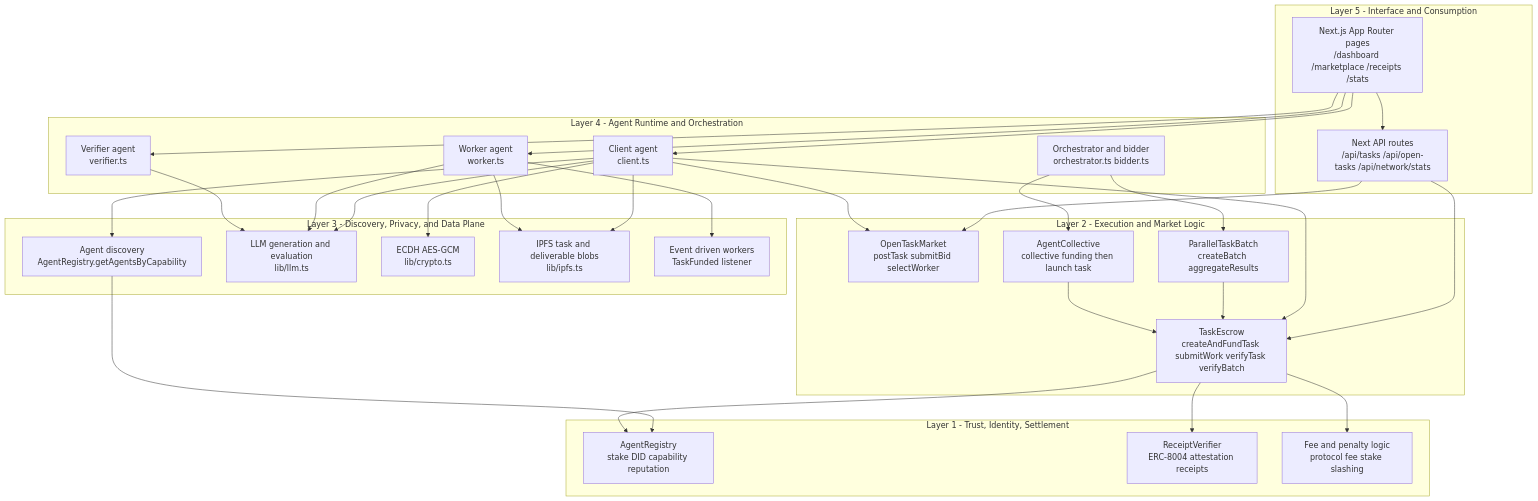
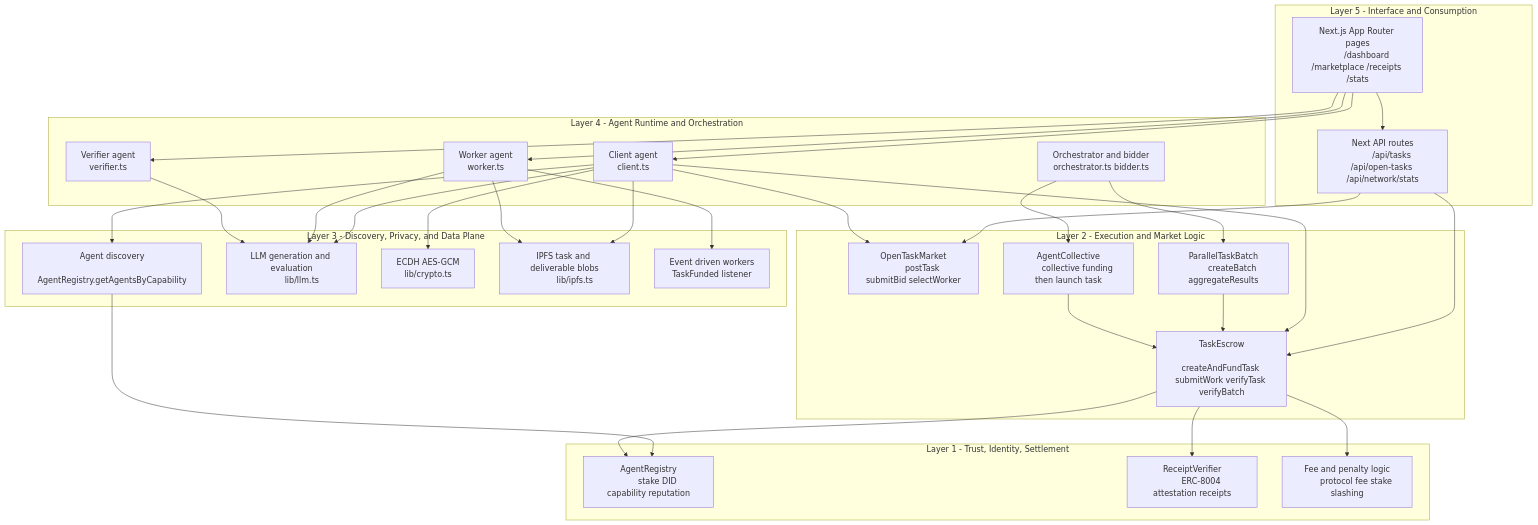
One commit to Varun-ai07/COVENANT changed the first of 3 diagrams in README.md. Above: the diagram before and after it, drawn with Mermaid. The commit also changed other lines of this file and 42 other files, not shown here.

````diff
--- a/README.md
+++ b/README.md
@@ -64,63 +61,81 @@
 ```mermaid
-flowchart TB
-  subgraph L5[Layer 5 - Interface and Consumption]
-    UI[Next.js App Router pages\n/dashboard /marketplace /receipts /stats]
-    API[Next API routes\n/api/tasks /api/open-tasks /api/network/stats]
-  end
+flowchart TD
+    subgraph L5[Layer 5 - Interface and Consumption]
+        UI[Next.js App Router pages
+        /dashboard /marketplace /receipts /stats]
+        API[Next API routes
+        /api/tasks /api/open-tasks /api/network/stats]
+    end
 
-  subgraph L4[Layer 4 - Agent Runtime and Orchestration]
-    CLIENT[Client agent\nclient.ts]
-    WORKER[Worker agent\nworker.ts]
-    VERIFIER[Verifier agent\nverifier.ts]
-    ORCH[Orchestrator and bidder\norchestrator.ts bidder.ts]
-  end
+    subgraph L4[Layer 4 - Agent Runtime and Orchestration]
+        CLIENT[Client agent
+        client.ts]
+        WORKER[Worker agent
+        worker.ts]
+        VERIFIER[Verifier agent
+        verifier.ts]
+        ORCH[Orchestrator and bidder
+        orchestrator.ts bidder.ts]
+    end
 
-  subgraph L3[Layer 3 - Discovery, Privacy, and Data Plane]
-    DISC[Agent discovery\nAgentRegistry.getAgentsByCapability]
-    LLM[LLM generation and evaluation\nlib/llm.ts]
-    CRYPTO[ECDH AES-GCM\nlib/crypto.ts]
-    IPFS[IPFS task and deliverable blobs\nlib/ipfs.ts]
-    EVENTS[Event driven workers\nTaskFunded listener]
-  end
+    subgraph L3[Layer 3 - Discovery, Privacy, and Data Plane]
+        DISC[Agent discovery
+        AgentRegistry.getAgentsByCapability]
+        LLM[LLM generation and evaluation
+        lib/llm.ts]
+        CRYPTO[ECDH AES-GCM
+        lib/crypto.ts]
+        IPFS[IPFS task and deliverable blobs
+        lib/ipfs.ts]
+        EVENTS[Event driven workers
+        TaskFunded listener]
+    end
 
-  subgraph L2[Layer 2 - Execution and Market Logic]
-    ESCROW[TaskEscrow\ncreateAndFundTask submitWork verifyTask verifyBatch]
-    MARKET[OpenTaskMarket\npostTask submitBid selectWorker]
-    BATCH[ParallelTaskBatch\ncreateBatch aggregateResults]
-    COLLECTIVE[AgentCollective\ncollective funding then launch task]
-  end
+    subgraph L2[Layer 2 - Execution and Market Logic]
+        ESCROW[TaskEscrow
+        createAndFundTask submitWork verifyTask verifyBatch]
+        MARKET[OpenTaskMarket
+        postTask submitBid selectWorker]
+        BATCH[ParallelTaskBatch
+        createBatch aggregateResults]
+        COLLECTIVE[AgentCollective
+        collective funding then launch task]
+    end
 
-  subgraph L1[Layer 1 - Trust, Identity, Settlement]
-    REG[AgentRegistry\nstake DID capability reputation]
-    RECEIPTS[ReceiptVerifier\nERC-8004 attestation receipts]
-    FEES[Fee and penalty logic\nprotocol fee stake slashing]
-  end
+    subgraph L1[Layer 1 - Trust, Identity, Settlement]
+        REG[AgentRegistry
+        stake DID capability reputation]
+        RECEIPTS[ReceiptVerifier
+        ERC-8004 attestation receipts]
+        FEES[Fee and penalty logic
+        protocol fee stake slashing]
+    end
 
-  UI --> API
-  UI --> CLIENT
-  UI --> WORKER
-  UI --> VERIFIER
+    UI --> API
+    UI --> CLIENT
+    UI --> WORKER
+    UI --> VERIFIER
 
-  CLIENT --> DISC
-  CLIENT --> LLM
-  CLIENT --> CRYPTO
-  CLIENT --> IPFS
-  WORKER --> EVENTS
-  WORKER --> IPFS
-  WORKER --> LLM
-  VERIFIER --> LLM
+    CLIENT --> DISC
+    CLIENT --> LLM
+    CLIENT --> CRYPTO
+    CLIENT --> IPFS
+    WORKER --> EVENTS
+    WORKER --> IPFS
+    WORKER --> LLM
+    VERIFIER --> LLM
 
-  DISC --> REG
-  API --> ESCROW
-  API --> MARKET
-  CLIENT --> ESCROW
-  CLIENT --> MARKET
-  ORCH --> BATCH
-  ORCH --> COLLECTIVE
-  BATCH --> ESCROW
-  COLLECTIVE --> ESCROW
+    DISC --> REG
+    API --> ESCROW
+    API --> MARKET
+    CLIENT --> ESCROW
+    CLIENT --> MARKET
+    ORCH --> BATCH
+    ORCH --> COLLECTIVE
+    BATCH --> ESCROW
+    COLLECTIVE --> ESCROW
 
-  ESCROW --> REG
-  ESCROW --> RECEIPTS
-  ESCROW --> FEES
+    ESCROW --> REG
+    ESCROW --> RECEIPTS
+    ESCROW --> FEES
 ```
````
